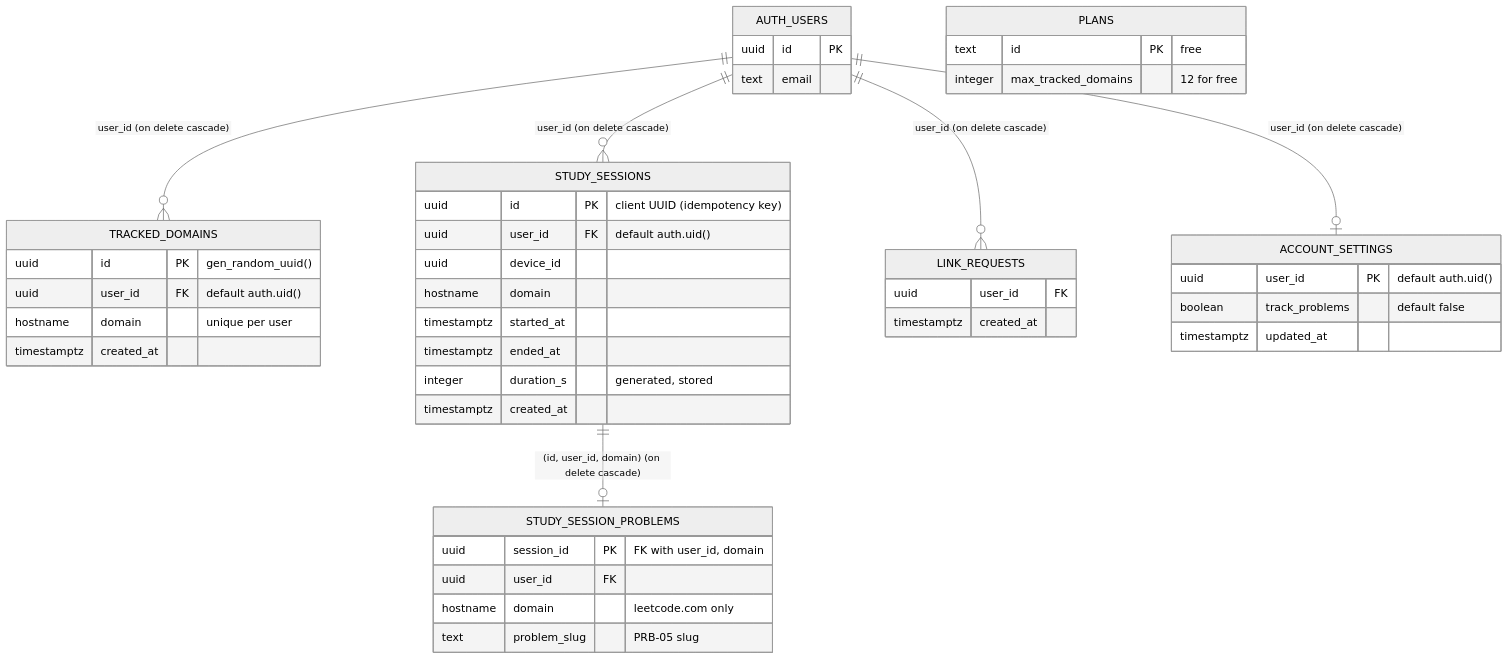
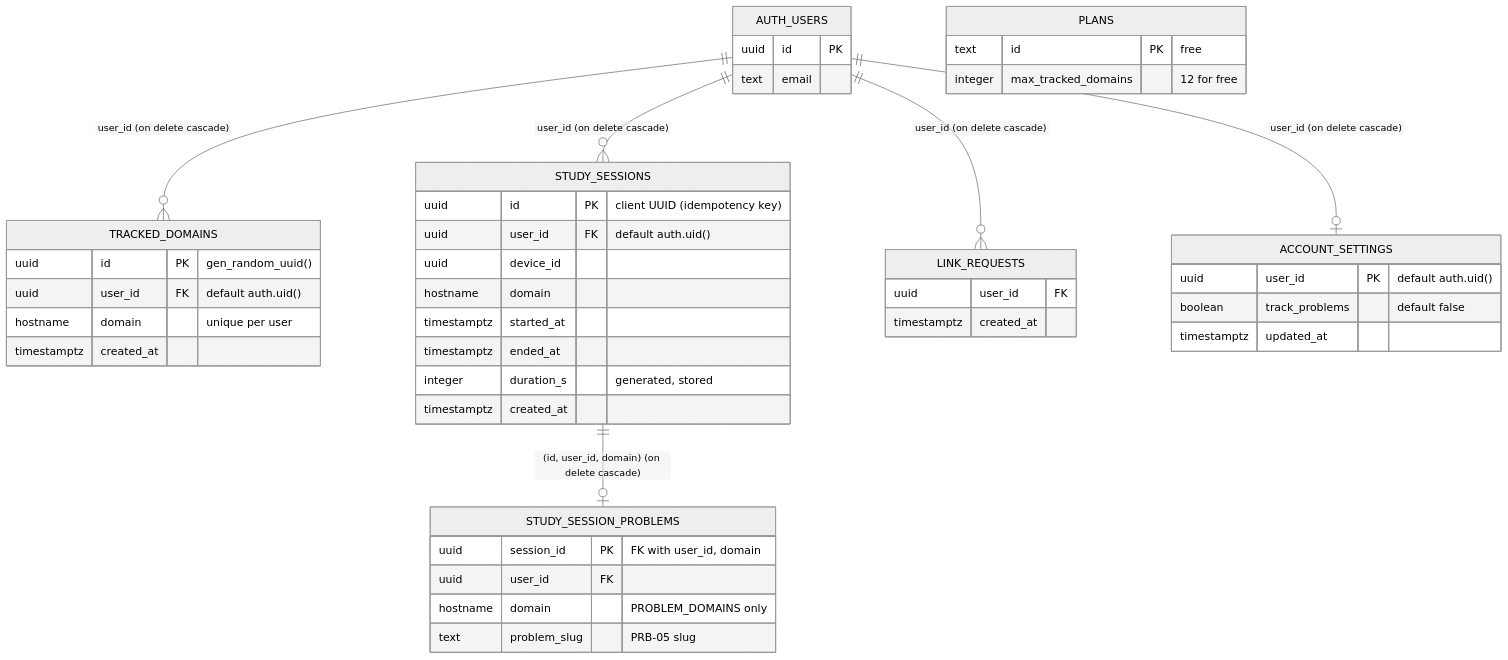
Before and after one commit to vbenedito/careeros: the diagram in docs/architecture/database.md, drawn with Mermaid (neutral theme). The commit also changed other lines of this file and 7 other files, not shown here.

First line of the commit message:
feat(db): problem domains include neetcode.io; get_problem_totals_v2 (NC-a) (#243)

````diff
--- a/docs/architecture/database.md
+++ b/docs/architecture/database.md
@@ -9,48 +9,48 @@
 ```mermaid
 erDiagram
   AUTH_USERS ||--o{ TRACKED_DOMAINS : "user_id (on delete cascade)"
   AUTH_USERS ||--o{ STUDY_SESSIONS : "user_id (on delete cascade)"
   AUTH_USERS ||--o{ LINK_REQUESTS : "user_id (on delete cascade)"
   AUTH_USERS ||--o| ACCOUNT_SETTINGS : "user_id (on delete cascade)"
   STUDY_SESSIONS ||--o| STUDY_SESSION_PROBLEMS : "(id, user_id, domain) (on delete cascade)"
 
   AUTH_USERS {
     uuid id PK
     text email
   }
   TRACKED_DOMAINS {
     uuid id PK "gen_random_uuid()"
     uuid user_id FK "default auth.uid()"
     hostname domain "unique per user"
     timestamptz created_at
   }
   STUDY_SESSIONS {
     uuid id PK "client UUID (idempotency key)"
     uuid user_id FK "default auth.uid()"
     uuid device_id
     hostname domain
     timestamptz started_at
     timestamptz ended_at
     integer duration_s "generated, stored"
     timestamptz created_at
   }
   LINK_REQUESTS {
     uuid user_id FK
     timestamptz created_at
   }
   ACCOUNT_SETTINGS {
     uuid user_id PK "default auth.uid()"
     boolean track_problems "default false"
     timestamptz updated_at
   }
   STUDY_SESSION_PROBLEMS {
     uuid session_id PK "FK with user_id, domain"
     uuid user_id FK
-    hostname domain "leetcode.com only"
+    hostname domain "PROBLEM_DOMAINS only"
     text problem_slug "PRB-05 slug"
   }
   PLANS {
     text id PK "free"
     integer max_tracked_domains "12 for free"
   }
 ```
````
